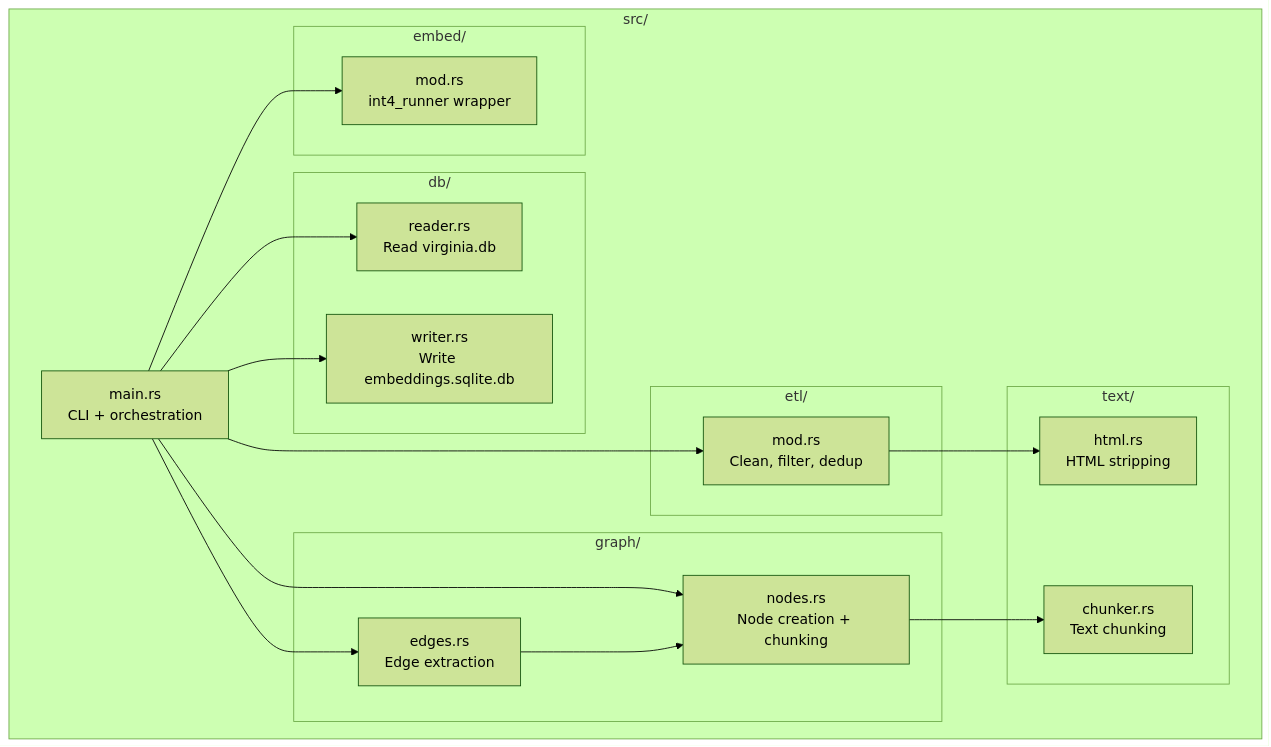
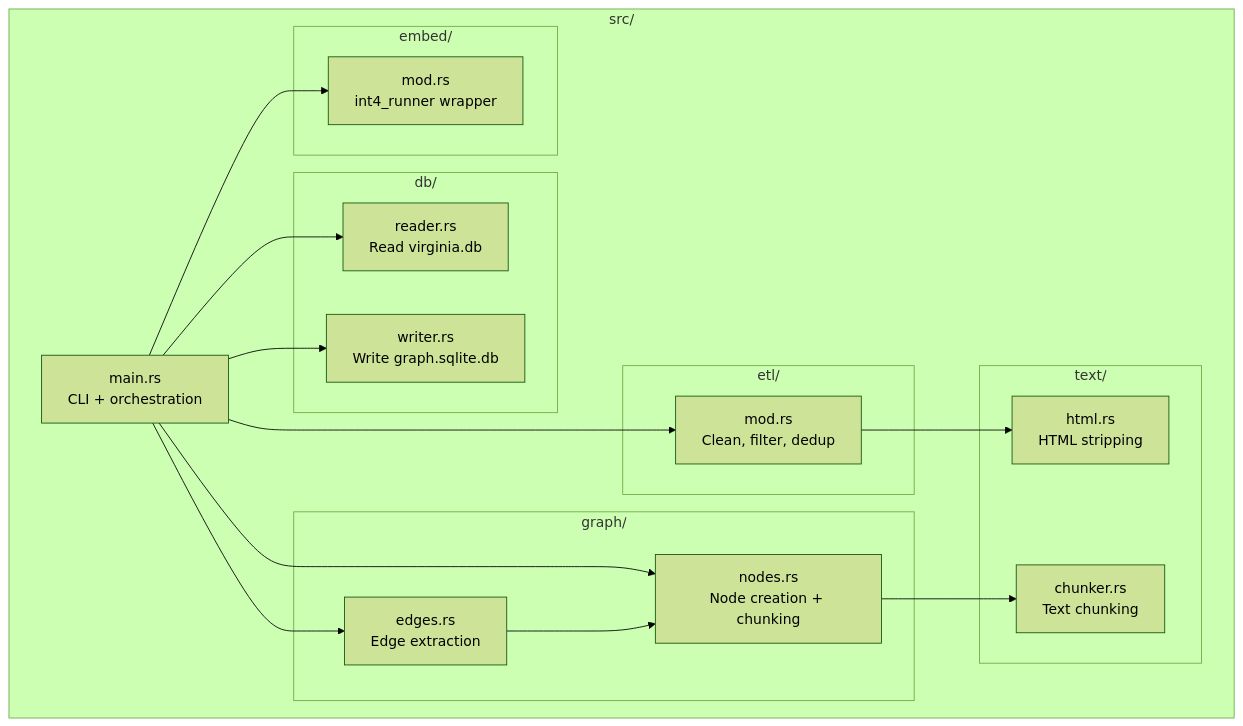
Before and after one commit to geoffsee/proseva: the second of 8 diagrams in packages/embeddings/README.md, drawn with Mermaid (forest theme). The commit also changed other lines of this file and 52 other files, not shown here.

````diff
--- a/packages/embeddings/README.md
+++ b/packages/embeddings/README.md
@@ -41,39 +41,39 @@
 ```mermaid
 graph TD
     subgraph "src/"
         main[main.rs<br/>CLI + orchestration]
 
         subgraph "db/"
             reader[reader.rs<br/>Read virginia.db]
-            writer[writer.rs<br/>Write embeddings.sqlite.db]
+            writer[writer.rs<br/>Write graph.sqlite.db]
         end
 
         subgraph "etl/"
             etl[mod.rs<br/>Clean, filter, dedup]
         end
 
         subgraph "graph/"
             nodes[nodes.rs<br/>Node creation + chunking]
             edges[edges.rs<br/>Edge extraction]
         end
 
         subgraph "text/"
             html[html.rs<br/>HTML stripping]
             chunker[chunker.rs<br/>Text chunking]
         end
 
         subgraph "embed/"
             embedder[mod.rs<br/>int4_runner wrapper]
         end
     end
 
     main --> reader
     main --> etl
     main --> writer
     main --> nodes
     main --> edges
     main --> embedder
     etl --> html
     nodes --> chunker
     edges --> nodes
 ```
````
